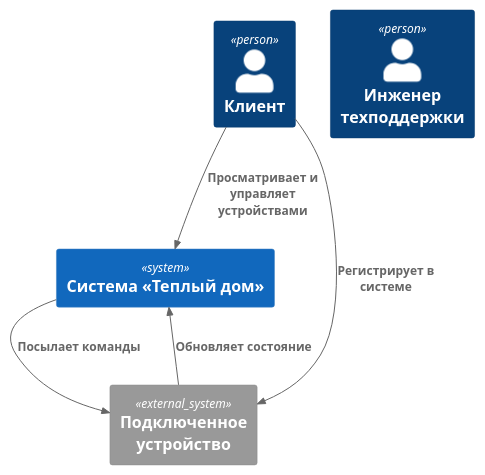
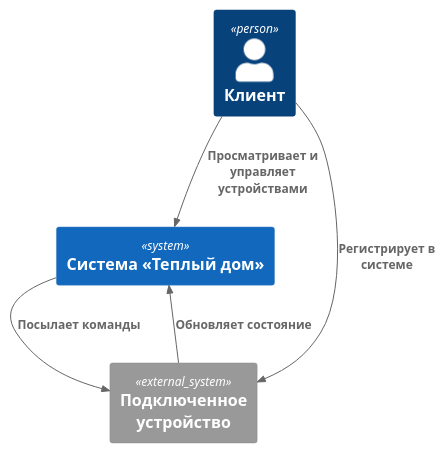
The diagram in docs/diagrams/context/Warmhouse_context_to_be.puml (JohnnyKikman/architecture-pro-warmhouse), drawn with PlantUML before and after one commit. The commit also changed 2 other files, not shown here.

Commit message:
Add local instance of context-diagram puml

```diff
--- a/docs/diagrams/context/Warmhouse_context_to_be.puml
+++ b/docs/diagrams/context/Warmhouse_context_to_be.puml
@@ -1,14 +1,13 @@
 @startuml
-!include https://raw.githubusercontent.com/plantuml-stdlib/C4-PlantUML/refs/heads/master/C4_Context.puml
+!include C4_Context.puml
 
 Person(user, "Клиент")
-Person(support, "Инженер техподдержки")
 System(warmhouse, "Система «Теплый дом»")
 System_Ext(sensor, "Подключенное устройство")
 
 Rel(user, warmhouse, "Просматривает и управляет устройствами")
 Rel(warmhouse, sensor, "Посылает команды")
 Rel_U(sensor, warmhouse, "Обновляет состояние")
 Rel(user, sensor, "Регистрирует в системе")
 
 @enduml
```
